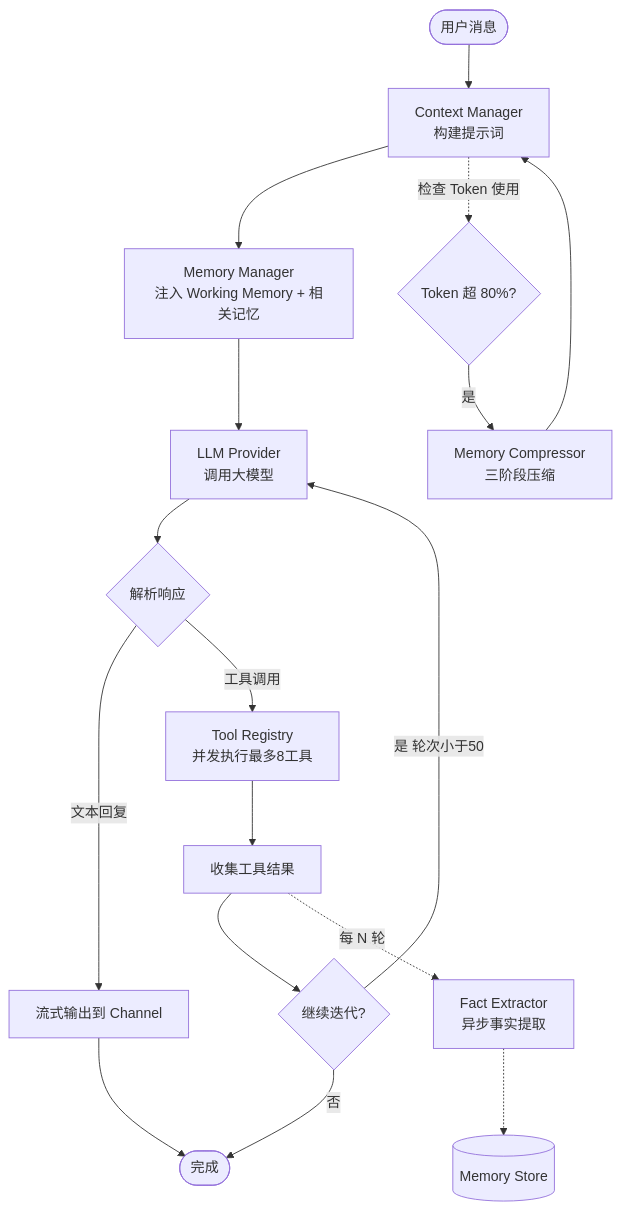
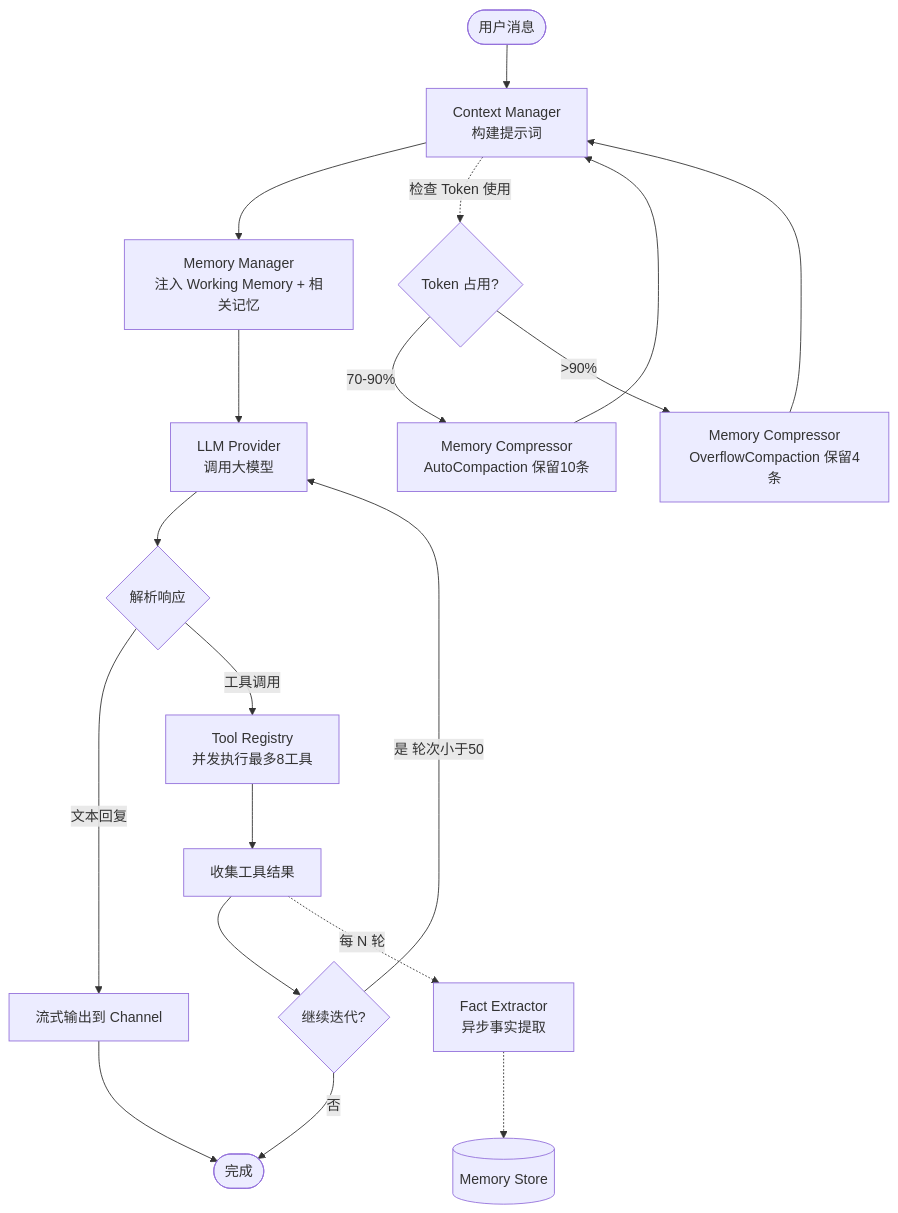
Before and after one commit to uukuguy/octo-sandbox: the third of 10 diagrams in docs/design/ARCHITECTURE_DESIGN.md, drawn with Mermaid. The commit also changed other lines of this file and 7 other files, not shown here.

````diff
--- a/docs/design/ARCHITECTURE_DESIGN.md
+++ b/docs/design/ARCHITECTURE_DESIGN.md
@@ -211,21 +229,23 @@
 ```mermaid
 flowchart TD
     START([用户消息]) --> CTX[Context Manager<br/>构建提示词]
     CTX --> INJECT[Memory Manager<br/>注入 Working Memory + 相关记忆]
     INJECT --> LLM[LLM Provider<br/>调用大模型]
     LLM --> PARSE{解析响应}
     PARSE -->|文本回复| STREAM[流式输出到 Channel]
     PARSE -->|工具调用| TOOLS[Tool Registry<br/>并发执行最多8工具]
     TOOLS --> RESULT[收集工具结果]
     RESULT --> CHECK{继续迭代?}
     CHECK -->|是 轮次小于50| LLM
     CHECK -->|否| END
     STREAM --> END([完成])
 
     RESULT -.->|每 N 轮| FACT[Fact Extractor<br/>异步事实提取]
     FACT -.-> STORE[(Memory Store)]
 
-    CTX -.->|检查 Token 使用| BUDGET{Token 超 80%?}
-    BUDGET -->|是| COMPRESS[Memory Compressor<br/>三阶段压缩]
+    CTX -.->|检查 Token 使用| BUDGET{Token 占用?}
+    BUDGET -->|70-90%| COMPRESS[Memory Compressor<br/>AutoCompaction 保留10条]
+    BUDGET -->|>90%| COMPRESS2[Memory Compressor<br/>OverflowCompaction 保留4条]
     COMPRESS --> CTX
+    COMPRESS2 --> CTX
 ```
````
